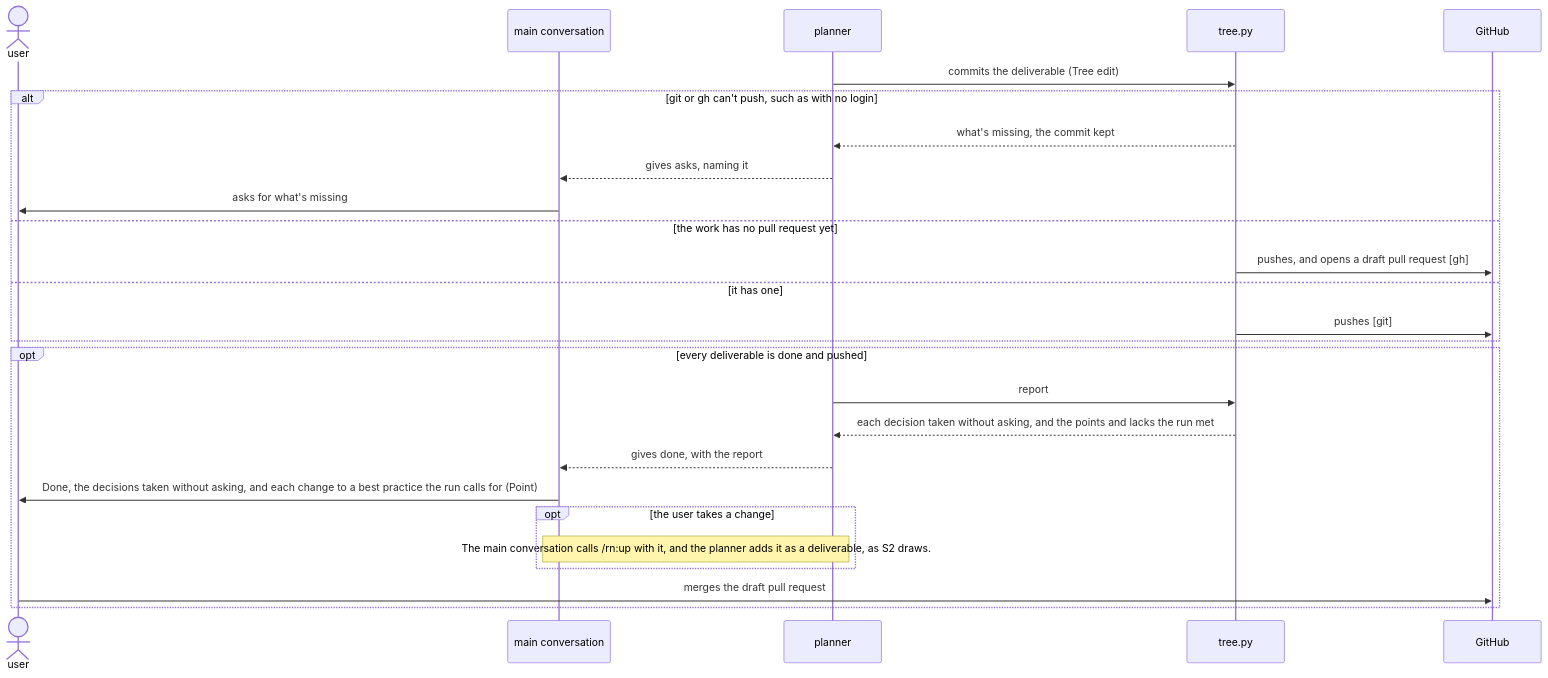
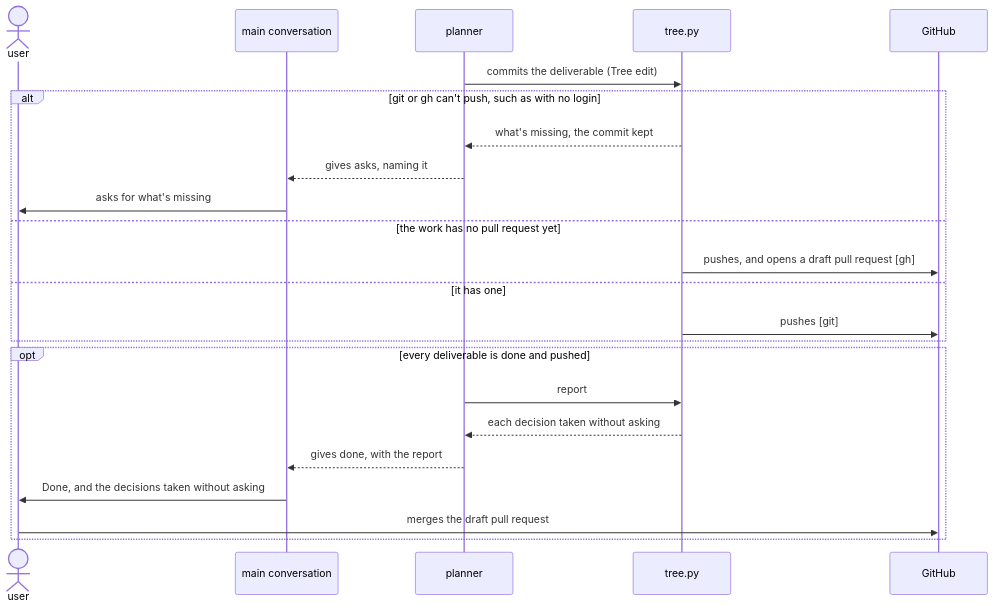
The sixth of 6 diagrams in dev/rn/architecture.md (lovaizu/ccpm), drawn with Mermaid before and after one commit. The commit also changed other lines of this file and 3 other files, not shown here.

````diff
--- a/dev/rn/architecture.md
+++ b/dev/rn/architecture.md
@@ -409,28 +372,25 @@
 ```mermaid
 sequenceDiagram
   actor U as user
   participant M as main conversation
   participant P as planner
   participant T as tree.py
   participant GH as GitHub
   P->>T: commits the deliverable (Tree edit)
   alt git or gh can't push, such as with no login
     T-->>P: what's missing, the commit kept
     P-->>M: gives asks, naming it
     M->>U: asks for what's missing
   else the work has no pull request yet
     T->>GH: pushes, and opens a draft pull request [gh]
   else it has one
     T->>GH: pushes [git]
   end
   opt every deliverable is done and pushed
     P->>T: report
-    T-->>P: each decision taken without asking, and the points and lacks the run met
+    T-->>P: each decision taken without asking
     P-->>M: gives done, with the report
-    M->>U: Done, the decisions taken without asking, and each change to a best practice the run calls for (Point)
-    opt the user takes a change
-      Note over M,P: The main conversation calls /rn:up with it, and the planner adds it as a deliverable, as S2 draws.
-    end
+    M->>U: Done, and the decisions taken without asking
     U->>GH: merges the draft pull request
   end
 ```
````
